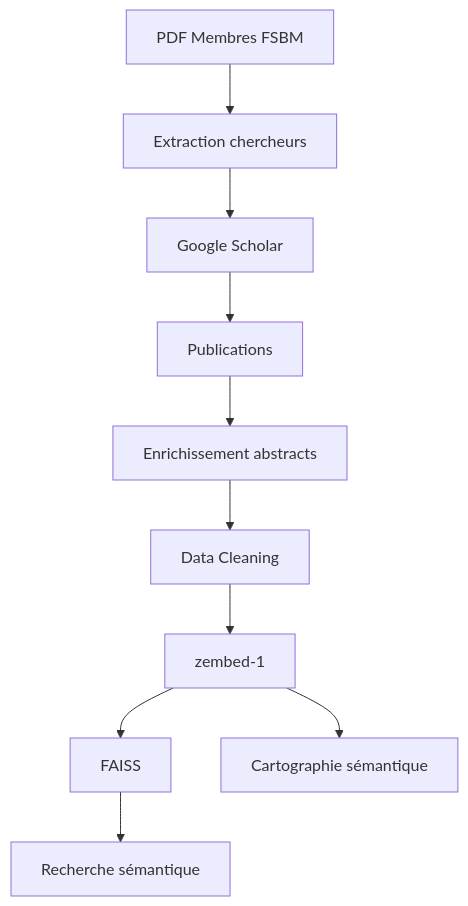
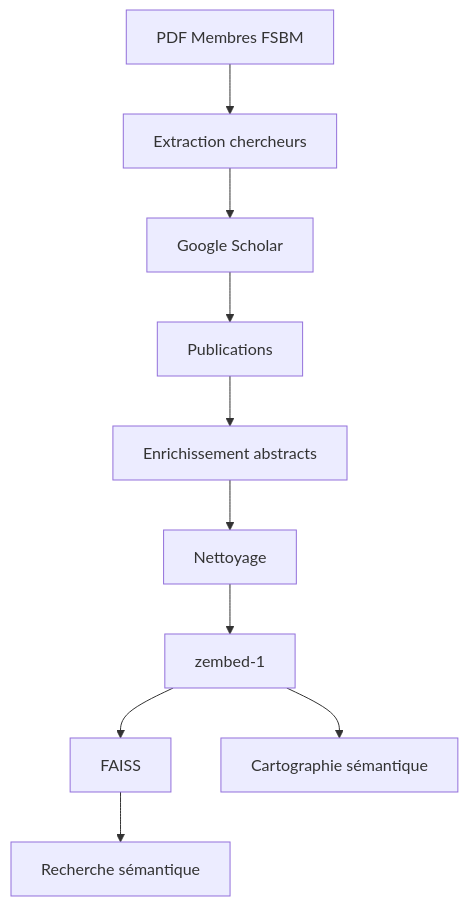
One commit to nouhaila-elhouma/fsbm-semantic-publications changed the diagram in README.md. Above: the diagram before and after it, drawn with Mermaid. The commit also changed other lines of this file, not shown here.

````diff
--- a/README.md
+++ b/README.md
@@ -30,12 +7,12 @@
 ```mermaid
 graph TD
 A[PDF Membres FSBM] --> B[Extraction chercheurs]
 B --> C[Google Scholar]
 C --> D[Publications]
 D --> E[Enrichissement abstracts]
-E --> F[Data Cleaning]
+E --> F[Nettoyage]
 F --> G[zembed-1]
 G --> H[FAISS]
 H --> I[Recherche sémantique]
 G --> J[Cartographie sémantique]
 ```
````
